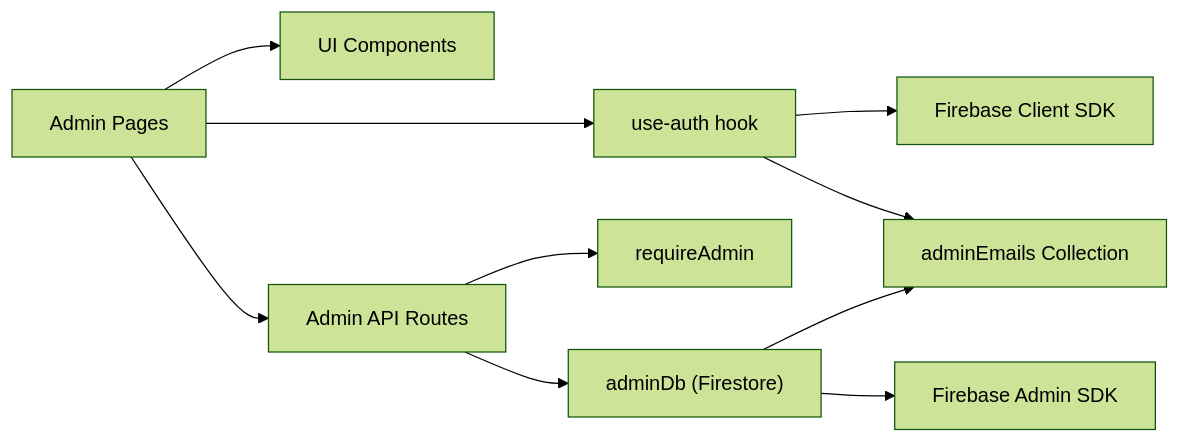
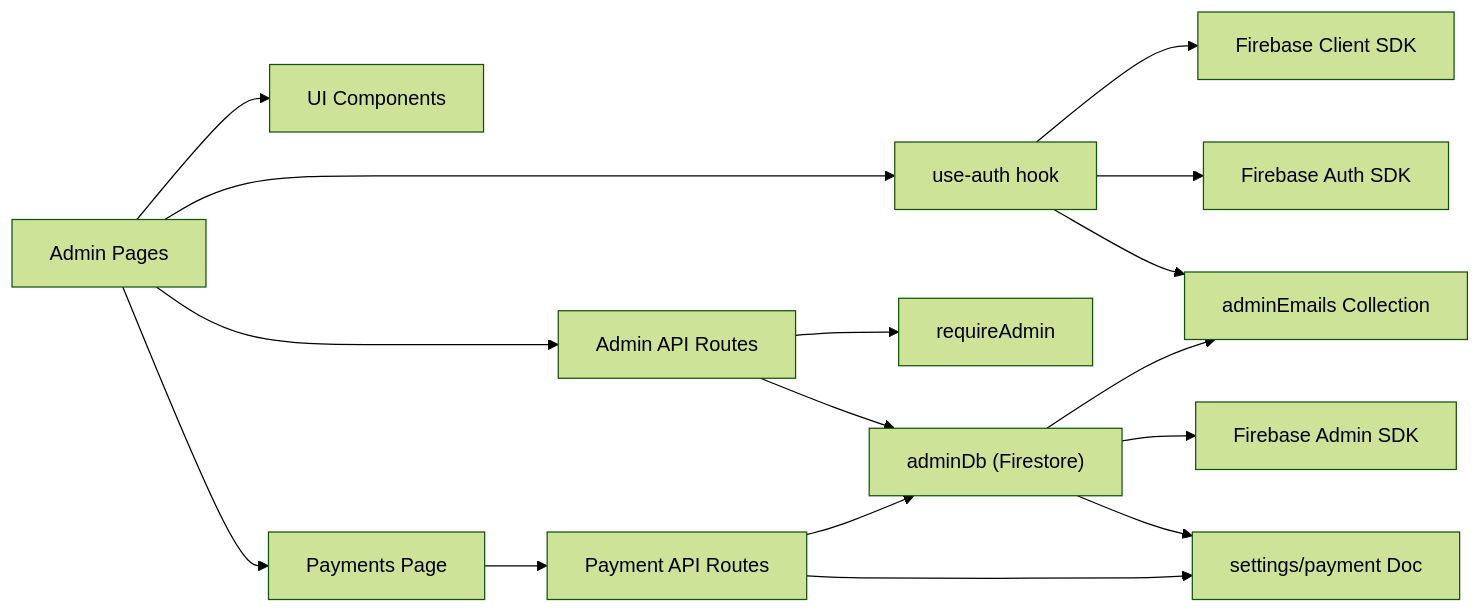
The tenth of 10 diagrams in .qoder/repowiki/en/content/Admin Panel/Admin Panel.md (alikizang/datafrica), drawn with Mermaid (forest theme) before and after one commit. The commit also changed other lines of this file and 21 other files, not shown here.

````diff
--- a/.qoder/repowiki/en/content/Admin Panel/Admin Panel.md
+++ b/.qoder/repowiki/en/content/Admin Panel/Admin Panel.md
@@ -373,12 +543,18 @@
 ```mermaid
 graph LR
 AdminPages["Admin Pages"] --> UseAuth["use-auth hook"]
 AdminPages --> UIComp["UI Components"]
 AdminPages --> APIRoutes["Admin API Routes"]
+AdminPages --> PaymentsPage["Payments Page"]
+PaymentsPage --> PaymentAPI["Payment API Routes"]
 APIRoutes --> AuthMW["requireAdmin"]
 APIRoutes --> AdminDB["adminDb (Firestore)"]
+PaymentAPI --> AdminDB
 UseAuth --> FBClient["Firebase Client SDK"]
+UseAuth --> FBAdminAuth["Firebase Auth SDK"]
 UseAuth --> AdminEmails["adminEmails Collection"]
 AdminDB --> FBAdmin["Firebase Admin SDK"]
 AdminDB --> AdminEmails
+AdminDB --> SettingsDoc["settings/payment Doc"]
+PaymentAPI --> SettingsDoc
 ```
````
